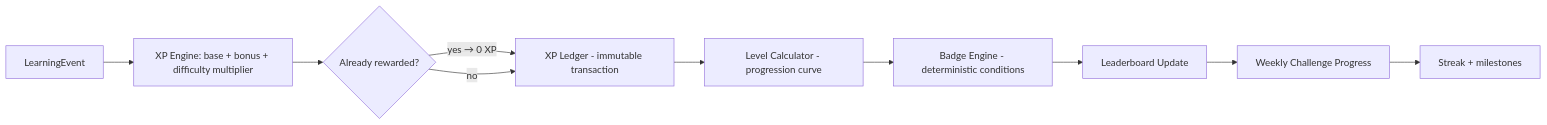
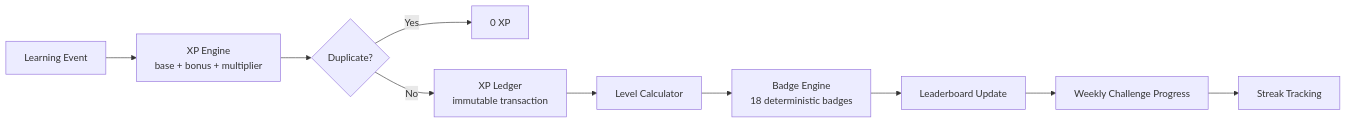
The fourth of 4 diagrams in README.md (rishabhverma007/LearnPath-AI), drawn with Mermaid before and after one commit. The commit also changed other lines of this file, not shown here.

First line of the commit message:
docs: rewrite README with mermaid flowcharts and clean structure

````diff
--- a/README.md
+++ b/README.md
@@ -225,12 +369,12 @@
 ```mermaid
 flowchart LR
-    E[LearningEvent] --> XP[XP Engine: base + bonus + difficulty multiplier]
-    XP --> D{Already rewarded?}
-    D -- "yes → 0 XP" --> L[XP Ledger]
-    D -- "no" --> L[XP Ledger - immutable transaction]
-    L --> LV[Level Calculator - progression curve]
-    LV --> B[Badge Engine - deterministic conditions]
+    E[Learning Event] --> XP[XP Engine<br/>base + bonus + multiplier]
+    XP --> D{Duplicate?}
+    D -- "Yes" --> Z[0 XP]
+    D -- "No" --> L[XP Ledger<br/>immutable transaction]
+    L --> LV[Level Calculator]
+    LV --> B[Badge Engine<br/>18 deterministic badges]
     B --> LB[Leaderboard Update]
     LB --> C[Weekly Challenge Progress]
-    C --> S[Streak + milestones]
+    C --> S[Streak Tracking]
 ```
````
